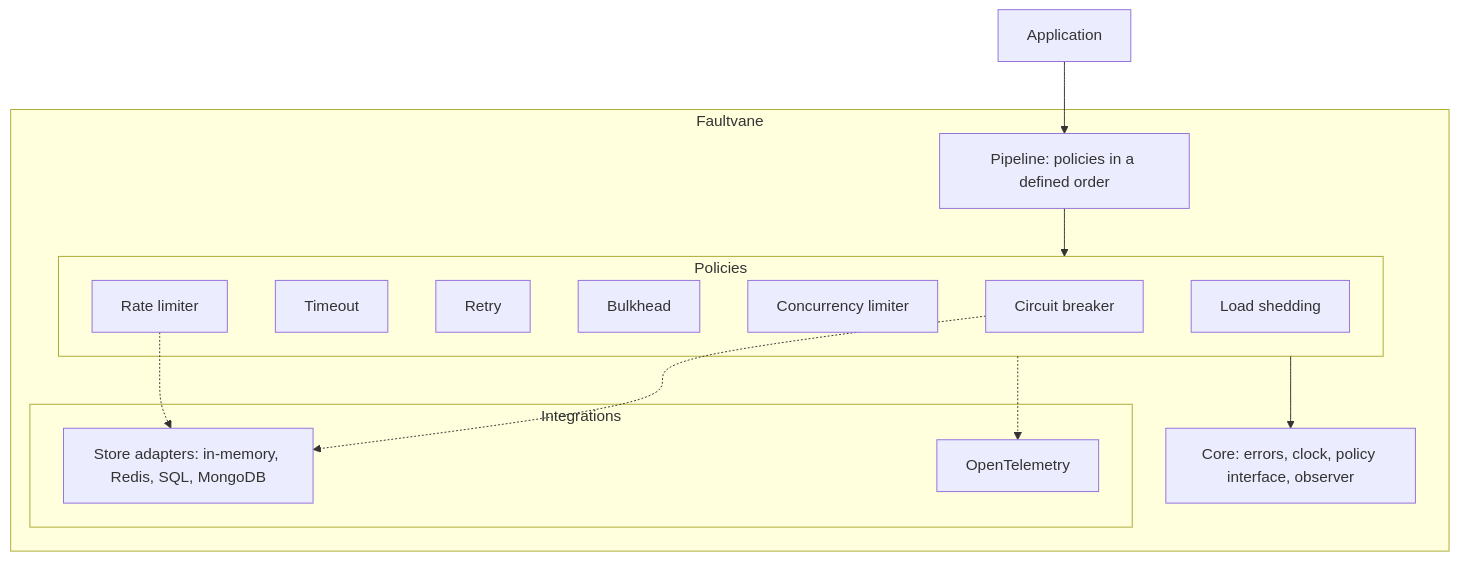
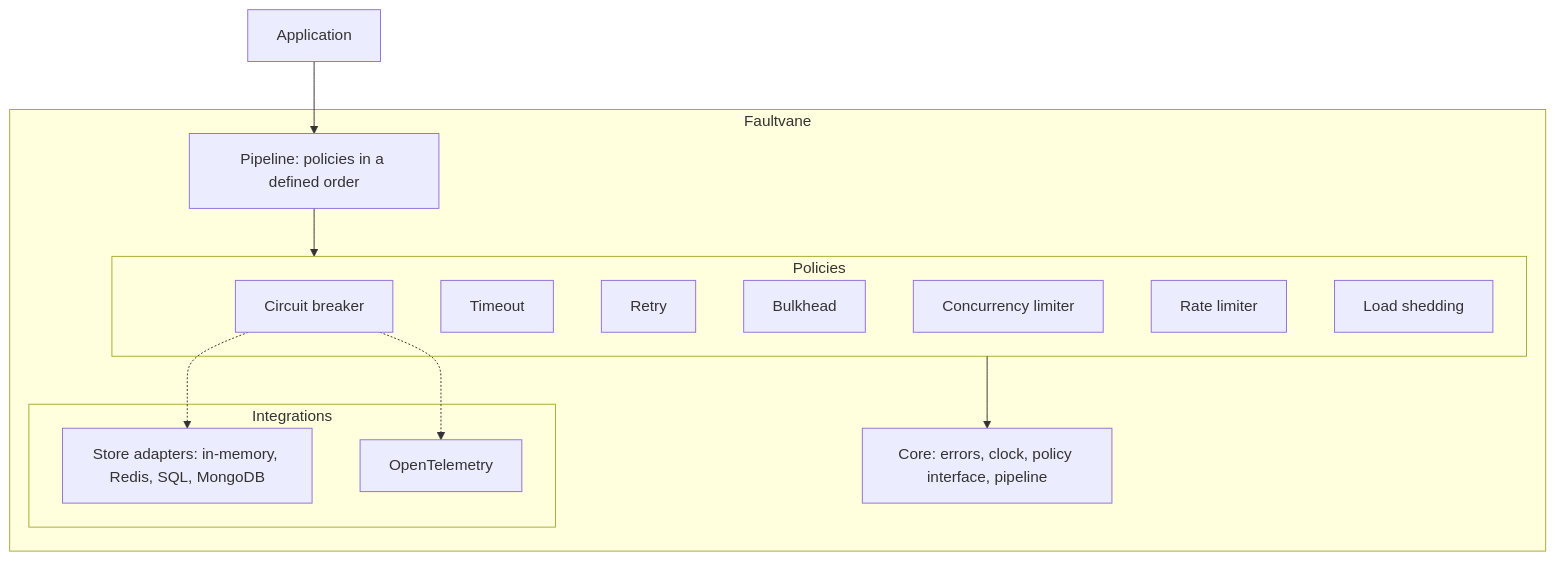
Before and after one commit to faultvane/faultvane-go: the first of 2 diagrams in docs/architecture.md, drawn with Mermaid. The commit also changed other lines of this file, not shown here.

Commit message:
Describe the real module layout and policy model in the architecture

````diff
--- a/docs/architecture.md
+++ b/docs/architecture.md
@@ -8,25 +8,24 @@
 ```mermaid
 flowchart TB
     APP[Application]
     subgraph Faultvane
         PIPE[Pipeline: policies in a defined order]
         subgraph Policies
             CB[Circuit breaker]
             TO[Timeout]
             RT[Retry]
             BH[Bulkhead]
             CL[Concurrency limiter]
             RL[Rate limiter]
             LS[Load shedding]
         end
-        CORE[Core: errors, clock, policy interface, observer]
+        CORE[Core: errors, clock, policy interface, pipeline]
         subgraph Integrations
             ST[Store adapters: in-memory, Redis, SQL, MongoDB]
             OT[OpenTelemetry]
         end
     end
     APP --> PIPE --> Policies --> CORE
     CB -.-> ST
-    RL -.-> ST
-    Policies -.-> OT
+    CB -.-> OT
 ```
````
